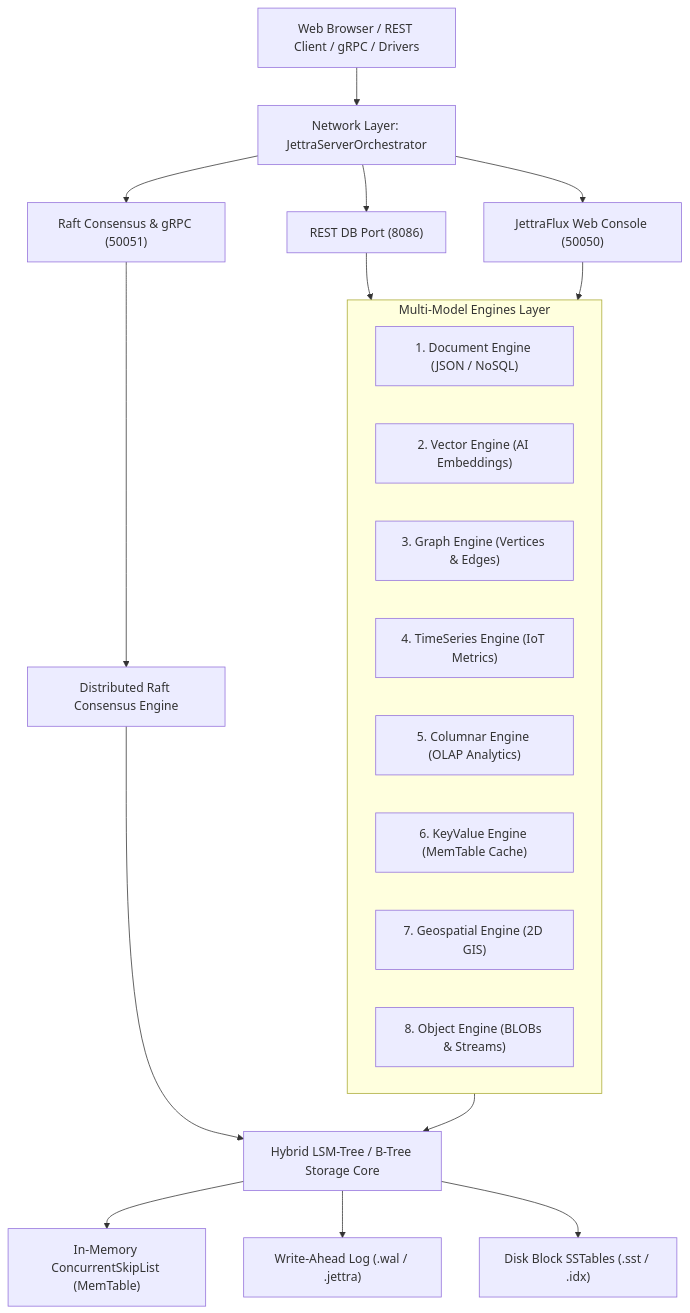
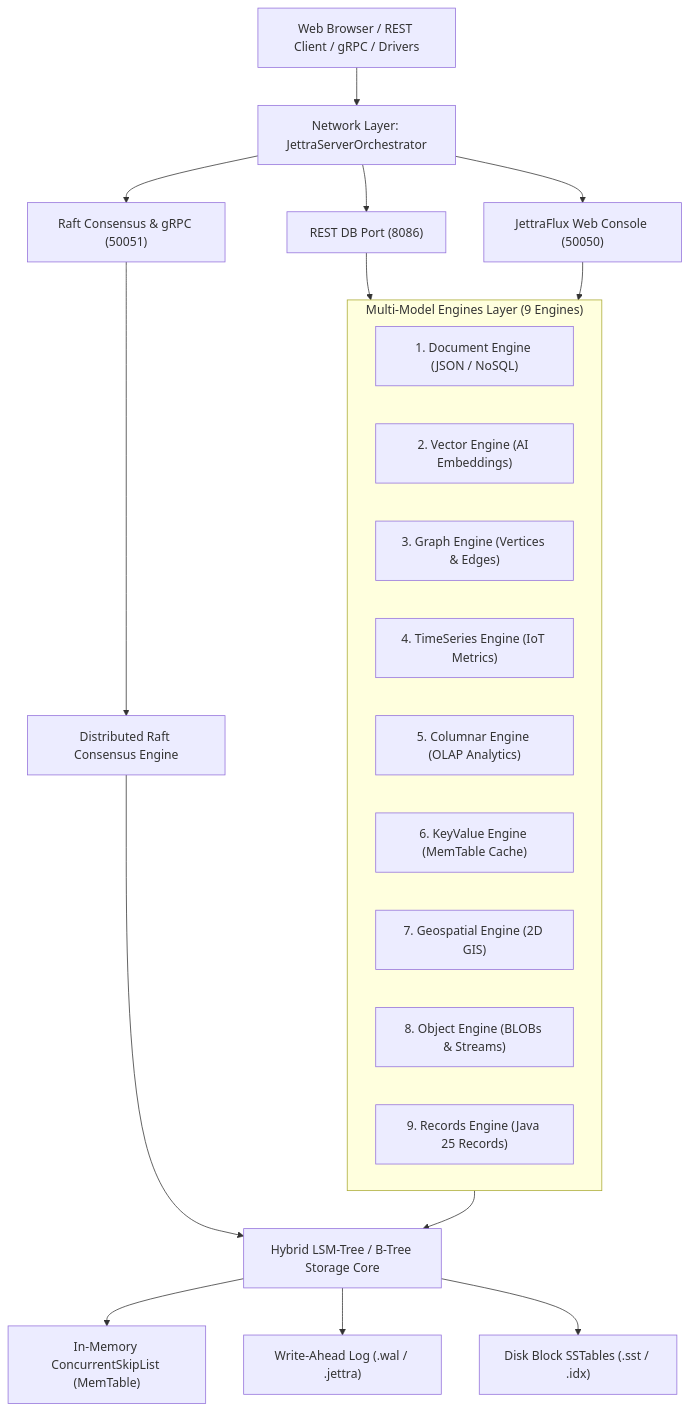
One commit to jettraframework/JettraDB changed the first of 3 diagrams in guide/book.md. Above: the diagram before and after it, drawn with Mermaid. The commit also changed other lines of this file and 7 other files, not shown here.

````diff
--- a/guide/book.md
+++ b/guide/book.md
@@ -73,29 +74,30 @@
 ```mermaid
 graph TD
     Client[Web Browser / REST Client / gRPC / Drivers] --> NetLayer[Network Layer: JettraServerOrchestrator]
     NetLayer --> RestPort["REST DB Port (8086)"]
     NetLayer --> GuiPort["JettraFlux Web Console (50050)"]
     NetLayer --> GrpcPort["Raft Consensus & gRPC (50051)"]
     
-    subgraph MultiModelLayer["Multi-Model Engines Layer"]
+    subgraph MultiModelLayer["Multi-Model Engines Layer (9 Engines)"]
         DocumentEngine["1. Document Engine (JSON / NoSQL)"]
         VectorEngine["2. Vector Engine (AI Embeddings)"]
         GraphEngine["3. Graph Engine (Vertices & Edges)"]
         TimeSeriesEngine["4. TimeSeries Engine (IoT Metrics)"]
         ColumnEngine["5. Columnar Engine (OLAP Analytics)"]
         KeyValueEngine["6. KeyValue Engine (MemTable Cache)"]
         GeospatialEngine["7. Geospatial Engine (2D GIS)"]
         ObjectEngine["8. Object Engine (BLOBs & Streams)"]
+        RecordsEngine["9. Records Engine (Java 25 Records)"]
     end
     
     RestPort --> MultiModelLayer
     GuiPort --> MultiModelLayer
     
     MultiModelLayer --> StorageCore["Hybrid LSM-Tree / B-Tree Storage Core"]
     StorageCore --> MemTable["In-Memory ConcurrentSkipList (MemTable)"]
     StorageCore --> WAL["Write-Ahead Log (.wal / .jettra)"]
     StorageCore --> SSTables["Disk Block SSTables (.sst / .idx)"]
     
     GrpcPort --> RaftCluster["Distributed Raft Consensus Engine"]
     RaftCluster --> StorageCore
 ```
````
